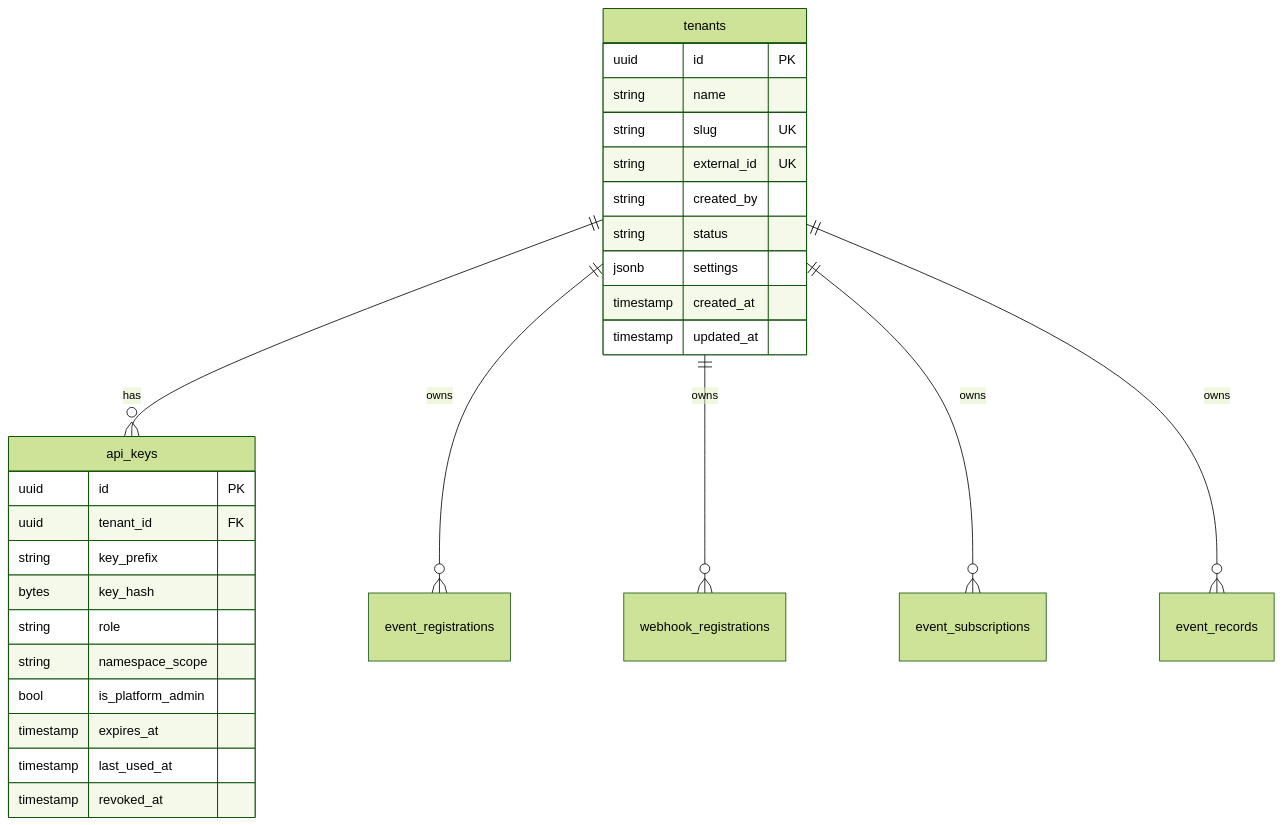
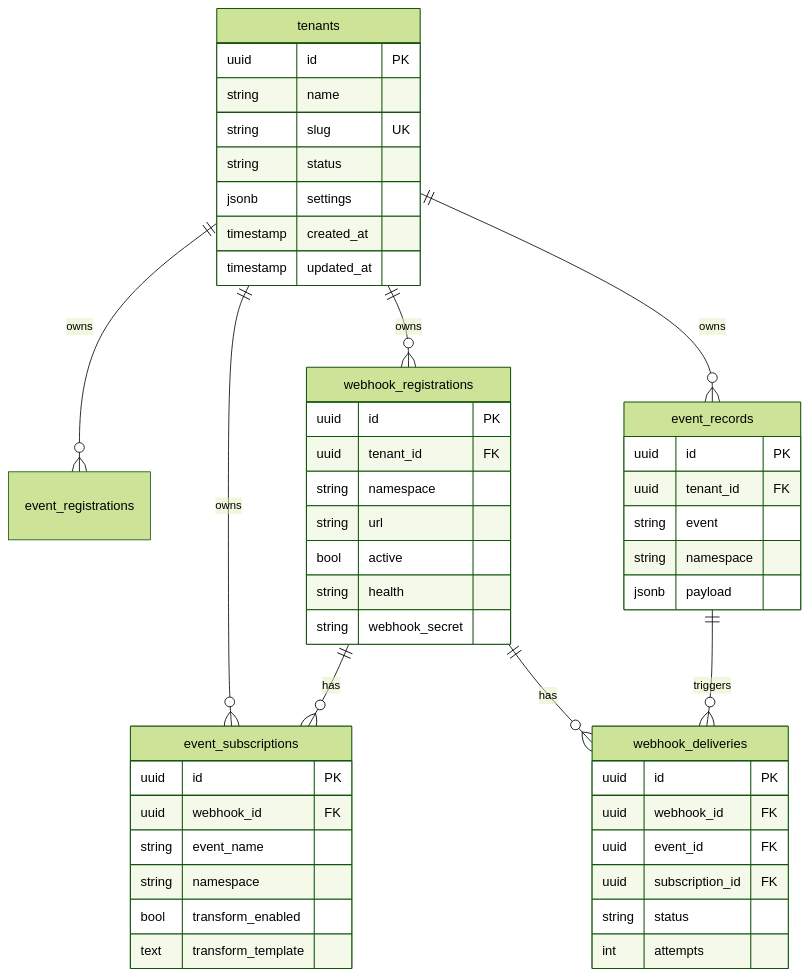
Before and after one commit to sarathsp06/sparrow: the second of 4 diagrams in TECHNICAL.md, drawn with Mermaid (forest theme). The commit also changed other lines of this file and 103 other files, not shown here.

````diff
--- a/TECHNICAL.md
+++ b/TECHNICAL.md
@@ -225,33 +74,57 @@
 ```mermaid
 erDiagram
-    tenants ||--o{ api_keys : "has"
     tenants ||--o{ event_registrations : "owns"
     tenants ||--o{ webhook_registrations : "owns"
     tenants ||--o{ event_subscriptions : "owns"
     tenants ||--o{ event_records : "owns"
 
     tenants {
         uuid id PK
         string name
         string slug UK
-        string external_id UK
-        string created_by
         string status
         jsonb settings
         timestamp created_at
         timestamp updated_at
     }
 
-    api_keys {
+    webhook_registrations ||--o{ event_subscriptions : "has"
+    webhook_registrations ||--o{ webhook_deliveries : "has"
+    event_records ||--o{ webhook_deliveries : "triggers"
+
+    webhook_registrations {
         uuid id PK
         uuid tenant_id FK
-        string key_prefix
-        bytes key_hash
-        string role
-        string namespace_scope
-        bool is_platform_admin
-        timestamp expires_at
-        timestamp last_used_at
-        timestamp revoked_at
+        string namespace
+        string url
+        bool active
+        string health
+        string webhook_secret
+    }
+
+    event_subscriptions {
+        uuid id PK
+        uuid webhook_id FK
+        string event_name
+        string namespace
+        bool transform_enabled
+        text transform_template
+    }
+
+    event_records {
+        uuid id PK
+        uuid tenant_id FK
+        string event
+        string namespace
+        jsonb payload
+    }
+
+    webhook_deliveries {
+        uuid id PK
+        uuid webhook_id FK
+        uuid event_id FK
+        uuid subscription_id FK
+        string status
+        int attempts
     }
 ```
````
